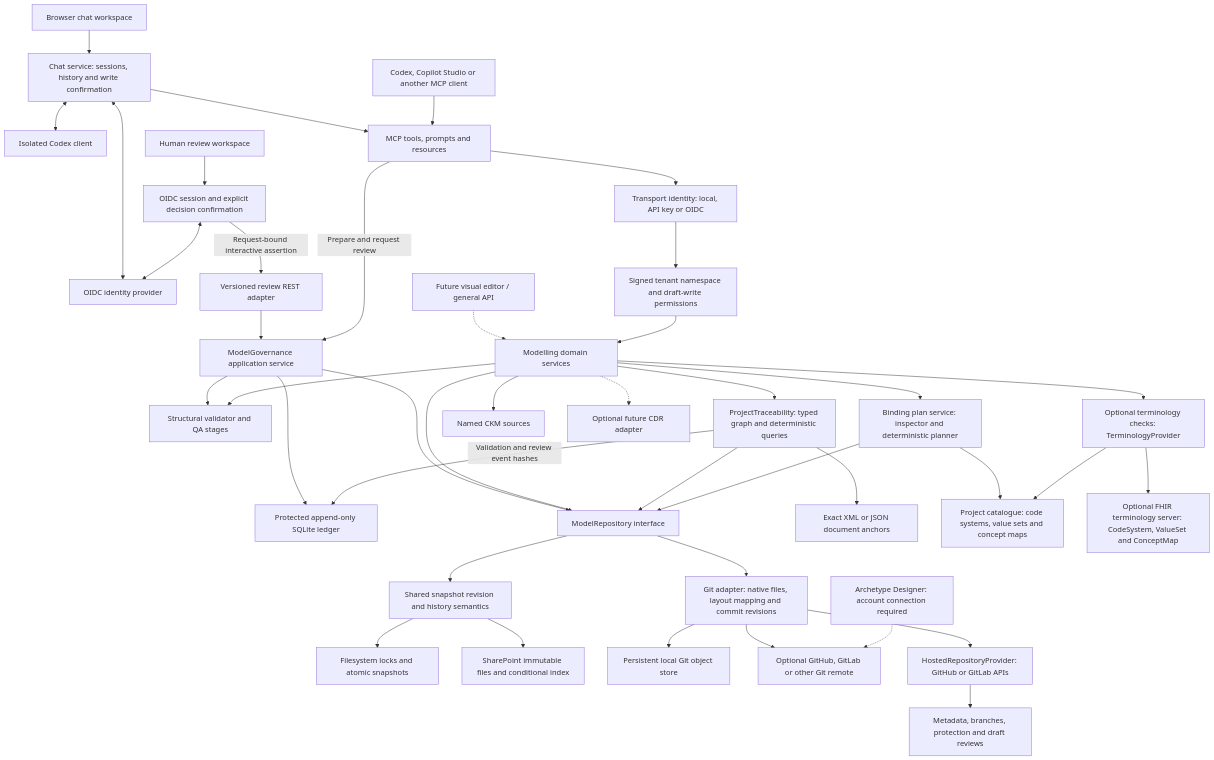
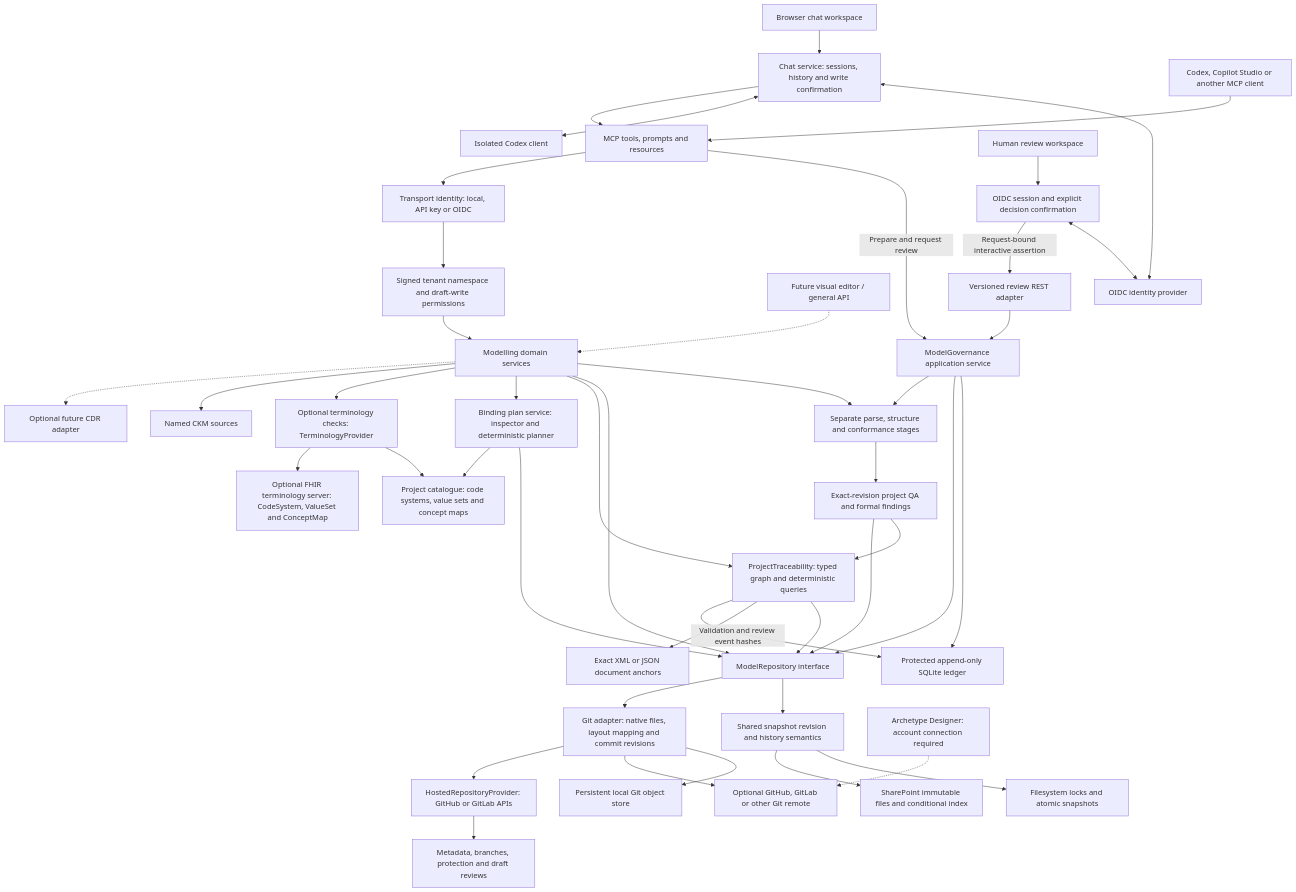
The diagram in docs/ARCHITECTURE.md (CzarMich/openehr-modelling-assistant), drawn with Mermaid before and after one commit. The commit also changed other lines of this file and 45 other files, not shown here.

Commit message:
feat(validation): separate document stages and add project evidence QA

````diff
--- a/docs/ARCHITECTURE.md
+++ b/docs/ARCHITECTURE.md
@@ -5,43 +5,46 @@
 ```mermaid
 flowchart TB
     Browser[Browser chat workspace] --> Chat[Chat service: sessions, history and write confirmation]
     Chat <--> Identity[OIDC identity provider]
     Chat <--> Codex[Isolated Codex client]
     Chat --> MCP[MCP tools, prompts and resources]
     AI[Codex, Copilot Studio or another MCP client] --> MCP[MCP tools, prompts and resources]
     UI[Future visual editor / general API] -.-> Core[Modelling domain services]
     Human[Human review workspace] --> BFF[OIDC session and explicit decision confirmation]
     BFF <--> Identity
     BFF -->|Request-bound interactive assertion| REST[Versioned review REST adapter]
     REST --> Governance[ModelGovernance application service]
     MCP -->|Prepare and request review| Governance
     Governance --> Ledger[Protected append-only SQLite ledger]
     Governance --> Repository
     Governance --> Validation
     MCP --> Auth[Transport identity: local, API key or OIDC]
     Auth --> Scope[Signed tenant namespace and draft-write permissions]
     Scope --> Core
-    Core --> Validation[Structural validator and QA stages]
+    Core --> Validation[Separate parse, structure and conformance stages]
+    Validation --> Quality[Exact-revision project QA and formal findings]
+    Quality --> Trace
+    Quality --> Repository
     Core --> Repository[ModelRepository interface]
     Core --> Trace[ProjectTraceability: typed graph and deterministic queries]
     Trace --> Repository
     Trace --> Anchors[Exact XML or JSON document anchors]
     Trace -->|Validation and review event hashes| Ledger
     Repository --> Snap[Shared snapshot revision and history semantics]
     Snap --> FS[Filesystem locks and atomic snapshots]
     Snap --> SP[SharePoint immutable files and conditional index]
     Repository --> Git[Git adapter: native files, layout mapping and commit revisions]
     Git --> Cache[Persistent local Git object store]
     Git --> Remote[Optional GitHub, GitLab or other Git remote]
     Git --> Hosting[HostedRepositoryProvider: GitHub or GitLab APIs]
     Hosting --> Reviews[Metadata, branches, protection and draft reviews]
     Designer[Archetype Designer: account connection required] -.-> Remote
     Core --> Plans[Binding plan service: inspector and deterministic planner]
     Plans --> Repository
     Plans --> Local
     Core --> Terms[Optional terminology checks: TerminologyProvider]
     Terms --> Local[Project catalogue: code systems, value sets and concept maps]
     Terms --> FHIR[Optional FHIR terminology server: CodeSystem, ValueSet and ConceptMap]
     Core --> CKM[Named CKM sources]
     Core -.-> CDR[Optional future CDR adapter]
 ```
````
